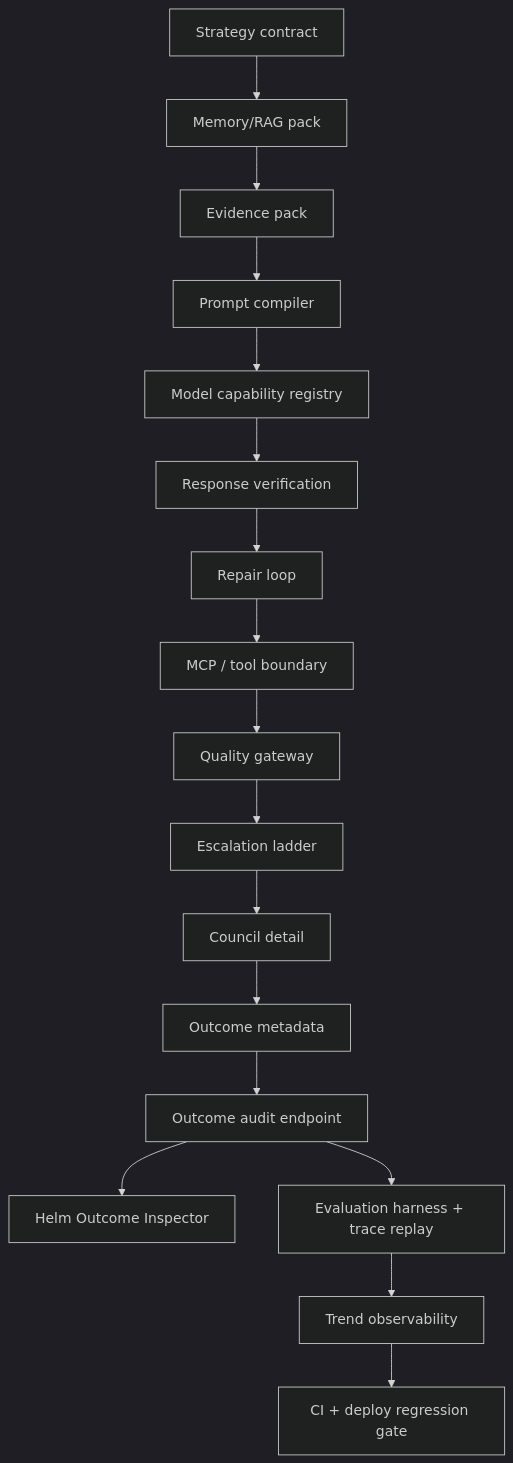
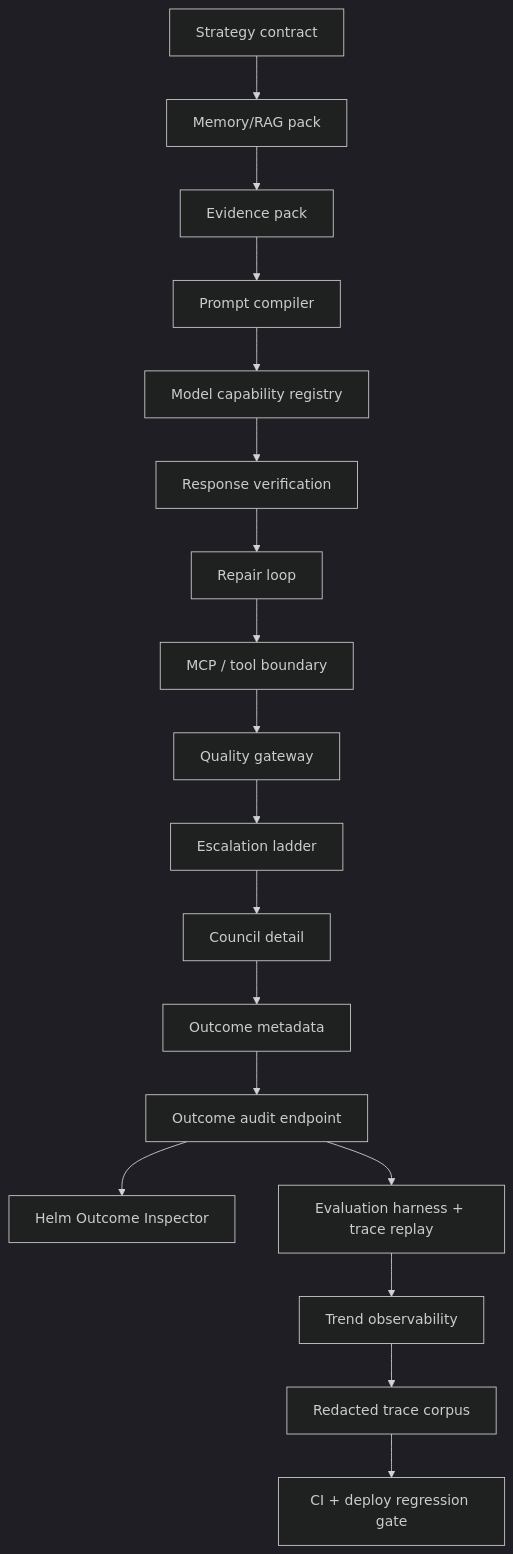
One commit to kphaas/jarvis-alpha changed the second of 2 diagrams in docs/audit/AT0_CHAT_QUALITY_ARCHITECTURE_GAP_LEDGER_2026-07-09.md. Above: the diagram before and after it, drawn with Mermaid (dark theme). The commit also changed other lines of this file and 6 other files, not shown here.

Commit message:
feat(chat): add redacted trace corpus (#689)

````diff
--- a/docs/audit/AT0_CHAT_QUALITY_ARCHITECTURE_GAP_LEDGER_2026-07-09.md
+++ b/docs/audit/AT0_CHAT_QUALITY_ARCHITECTURE_GAP_LEDGER_2026-07-09.md
@@ -30,19 +30,20 @@
 ```mermaid
 flowchart TD
     S["Strategy contract"] --> M["Memory/RAG pack"]
     M --> C["Evidence pack"]
     C --> P["Prompt compiler"]
     P --> R["Model capability registry"]
     R --> V["Response verification"]
     V --> RL["Repair loop"]
     RL --> TB["MCP / tool boundary"]
     TB --> Q["Quality gateway"]
     Q --> E["Escalation ladder"]
     E --> D["Council detail"]
     D --> O["Outcome metadata"]
     O --> A["Outcome audit endpoint"]
     A --> H["Helm Outcome Inspector"]
     A --> EV["Evaluation harness + trace replay"]
     EV --> T["Trend observability"]
-    T --> G["CI + deploy regression gate"]
+    T --> RC["Redacted trace corpus"]
+    RC --> G["CI + deploy regression gate"]
 ```
````
